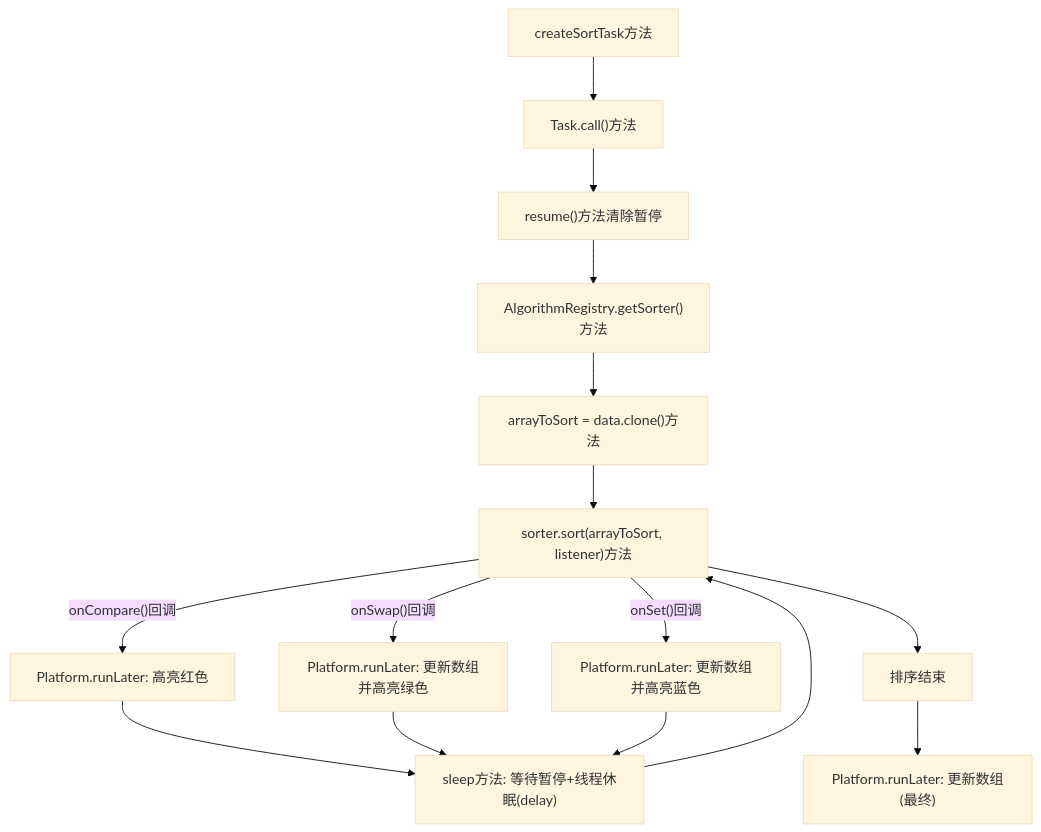
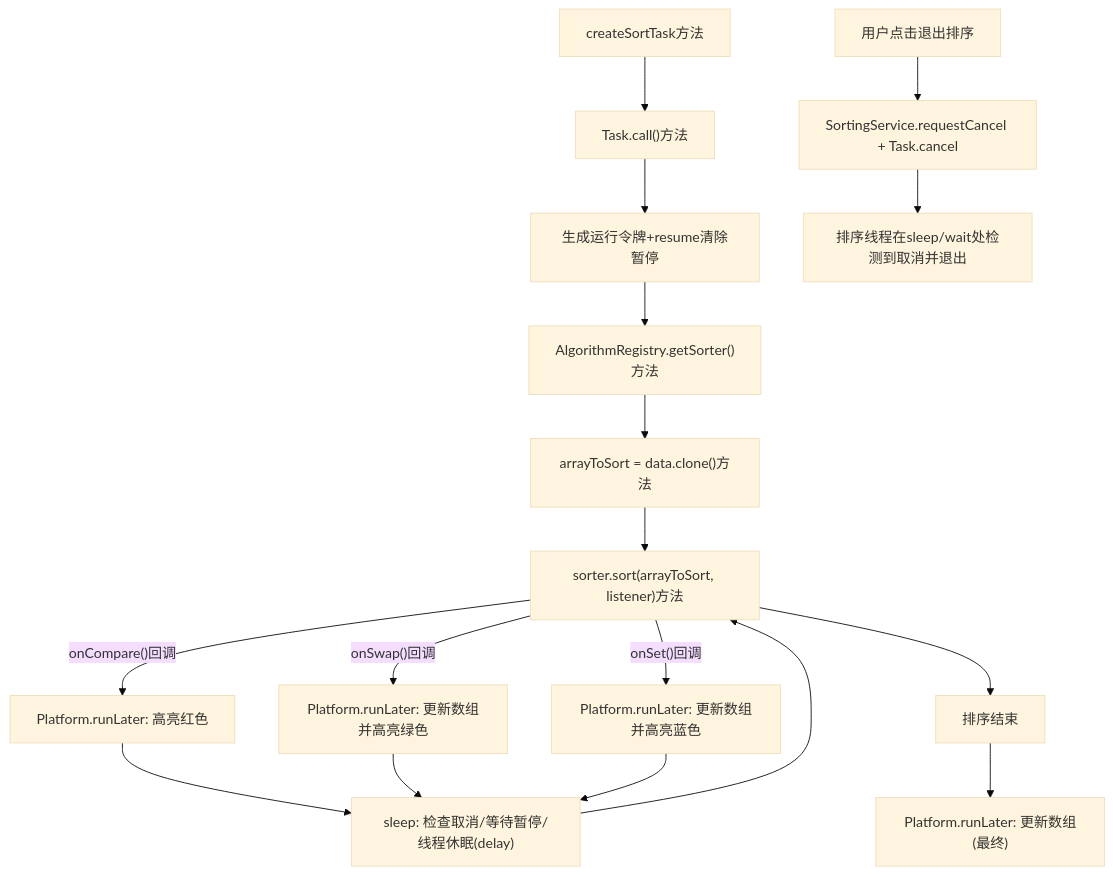
Before and after one commit to emmm-2333/sorting-visualizer-java: the third of 16 diagrams in 详细设计与编码调试分析_中文版.md, drawn with Mermaid (base theme). The commit also changed other lines of this file and 2 other files, not shown here.

````diff
--- a/详细设计与编码调试分析_中文版.md
+++ b/详细设计与编码调试分析_中文版.md
@@ -217,21 +229,24 @@
 ```mermaid
 flowchart TD
     A["createSortTask方法"] --> B["Task.call()方法"]
-    B --> C["resume()方法清除暂停"]
+  B --> C["生成运行令牌+resume清除暂停"]
     C --> D["AlgorithmRegistry.getSorter()方法"]
     D --> E["arrayToSort = data.clone()方法"]
     E --> F["sorter.sort(arrayToSort, listener)方法"]
 
     F -->|"onCompare()回调"| G["Platform.runLater: 高亮红色"]
     F -->|"onSwap()回调"| H["Platform.runLater: 更新数组并高亮绿色"]
     F -->|"onSet()回调"| I["Platform.runLater: 更新数组并高亮蓝色"]
 
-    G --> J["sleep方法: 等待暂停+线程休眠(delay)"]
+    G --> J["sleep: 检查取消/等待暂停/线程休眠(delay)"]
     H --> J
     I --> J
 
     J --> F
 
+    M["用户点击退出排序"] --> N["SortingService.requestCancel + Task.cancel"]
+    N --> O["排序线程在sleep/wait处检测到取消并退出"]
+
     F --> K["排序结束"]
     K --> L["Platform.runLater: 更新数组(最终)"]
 ```
````
